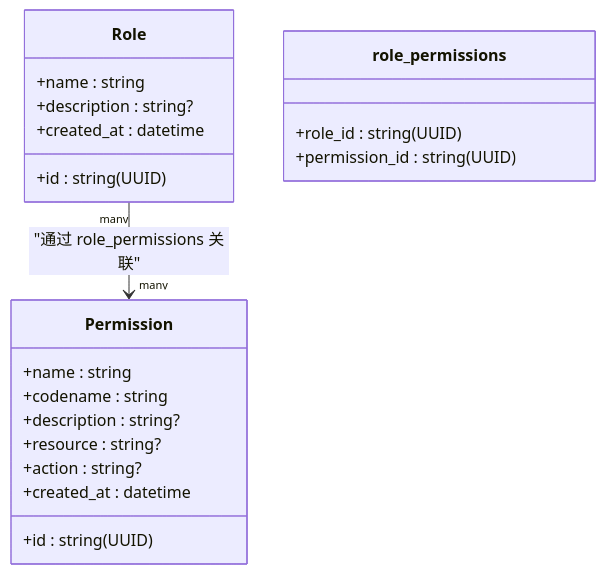
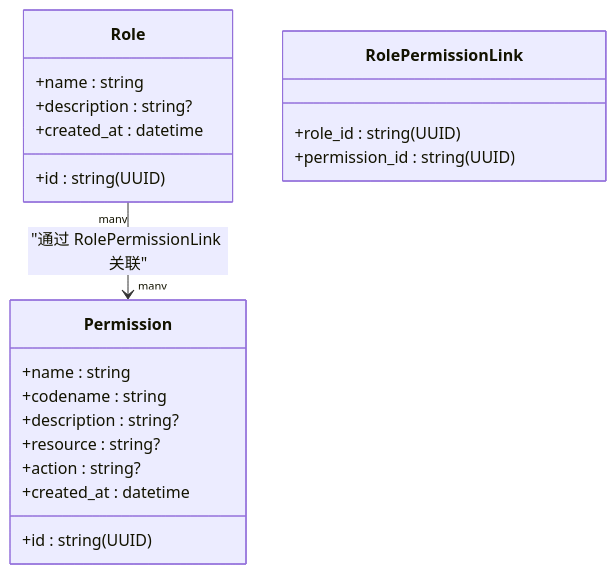
Before and after one commit to taoweidong/Hello-FastApi: the fourth of 12 diagrams in .qoder/repowiki/zh/content/数据模型设计/数据模型设计.md, drawn with Mermaid. The commit also changed other lines of this file and 11 other files, not shown here.

````diff
--- a/.qoder/repowiki/zh/content/数据模型设计/数据模型设计.md
+++ b/.qoder/repowiki/zh/content/数据模型设计/数据模型设计.md
@@ -198,23 +209,23 @@
 ```mermaid
 classDiagram
 class Role {
 +id : string(UUID)
 +name : string
 +description : string?
 +created_at : datetime
 }
 class Permission {
 +id : string(UUID)
 +name : string
 +codename : string
 +description : string?
 +resource : string?
 +action : string?
 +created_at : datetime
 }
-class role_permissions {
+class RolePermissionLink {
 +role_id : string(UUID)
 +permission_id : string(UUID)
 }
-Role "many" --> "many" Permission : "通过 role_permissions 关联"
+Role "many" --> "many" Permission : "通过 RolePermissionLink 关联"
 ```
````
